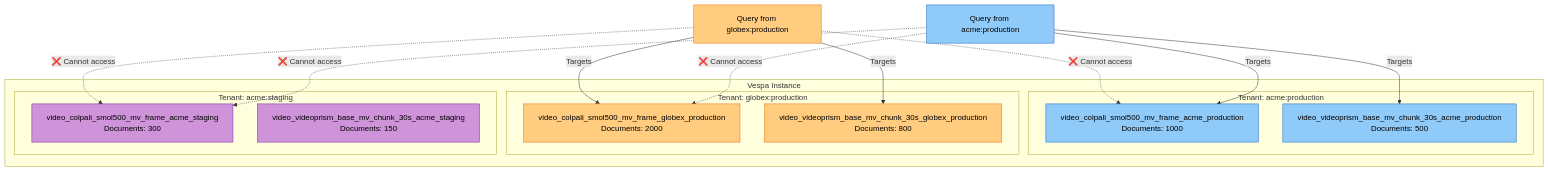
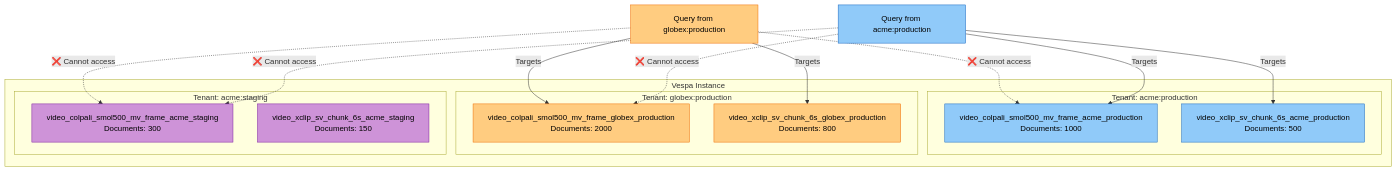
The sixth of 21 diagrams in docs/diagrams/multi-tenant-diagrams.md (amit-jain/cogniverse), drawn with Mermaid before and after one commit. The commit also changed other lines of this file and 168 other files, not shown here.

````diff
--- a/docs/diagrams/multi-tenant-diagrams.md
+++ b/docs/diagrams/multi-tenant-diagrams.md
@@ -282,38 +282,38 @@
 ```mermaid
 flowchart TB
     subgraph "Vespa Instance"
         subgraph "Tenant: acme:production"
             SchemaA1["<span style='color:#000'>video_colpali_smol500_mv_frame_acme_production<br/>Documents: 1000</span>"]
-            SchemaA2["<span style='color:#000'>video_videoprism_base_mv_chunk_30s_acme_production<br/>Documents: 500</span>"]
+            SchemaA2["<span style='color:#000'>video_xclip_sv_chunk_6s_acme_production<br/>Documents: 500</span>"]
         end
 
         subgraph "Tenant: globex:production"
             SchemaB1["<span style='color:#000'>video_colpali_smol500_mv_frame_globex_production<br/>Documents: 2000</span>"]
-            SchemaB2["<span style='color:#000'>video_videoprism_base_mv_chunk_30s_globex_production<br/>Documents: 800</span>"]
+            SchemaB2["<span style='color:#000'>video_xclip_sv_chunk_6s_globex_production<br/>Documents: 800</span>"]
         end
 
         subgraph "Tenant: acme:staging"
             SchemaC1["<span style='color:#000'>video_colpali_smol500_mv_frame_acme_staging<br/>Documents: 300</span>"]
-            SchemaC2["<span style='color:#000'>video_videoprism_base_mv_chunk_30s_acme_staging<br/>Documents: 150</span>"]
+            SchemaC2["<span style='color:#000'>video_xclip_sv_chunk_6s_acme_staging<br/>Documents: 150</span>"]
         end
     end
 
     QueryA["<span style='color:#000'>Query from acme:production</span>"] -->|Targets| SchemaA1
     QueryA -->|Targets| SchemaA2
     QueryA -.->|❌ Cannot access| SchemaB1
     QueryA -.->|❌ Cannot access| SchemaC1
 
     QueryB["<span style='color:#000'>Query from globex:production</span>"] -->|Targets| SchemaB1
     QueryB -->|Targets| SchemaB2
     QueryB -.->|❌ Cannot access| SchemaA1
     QueryB -.->|❌ Cannot access| SchemaC1
 
     style SchemaA1 fill:#90caf9,stroke:#1565c0,color:#000
     style SchemaA2 fill:#90caf9,stroke:#1565c0,color:#000
     style SchemaB1 fill:#ffcc80,stroke:#ef6c00,color:#000
     style SchemaB2 fill:#ffcc80,stroke:#ef6c00,color:#000
     style SchemaC1 fill:#ce93d8,stroke:#7b1fa2,color:#000
     style SchemaC2 fill:#ce93d8,stroke:#7b1fa2,color:#000
     style QueryA fill:#90caf9,stroke:#1565c0,color:#000
     style QueryB fill:#ffcc80,stroke:#ef6c00,color:#000
 ```
````
